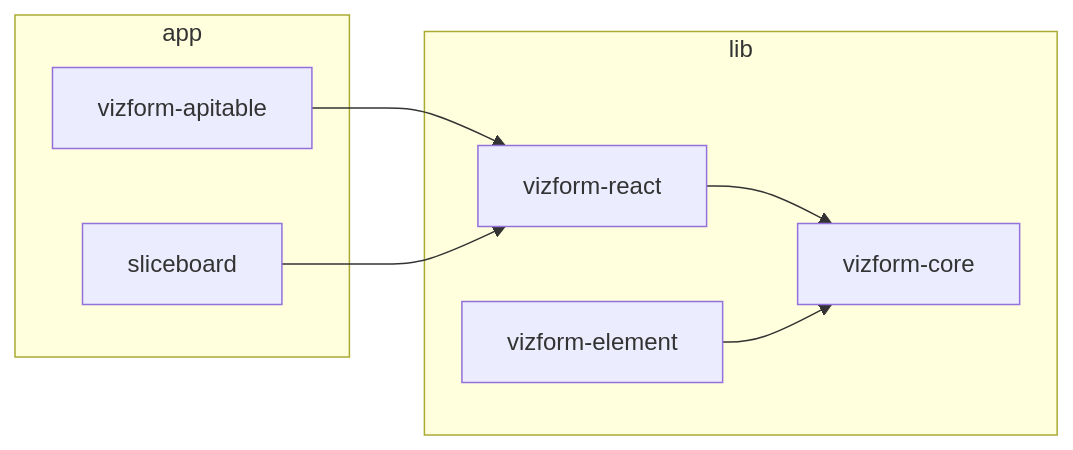
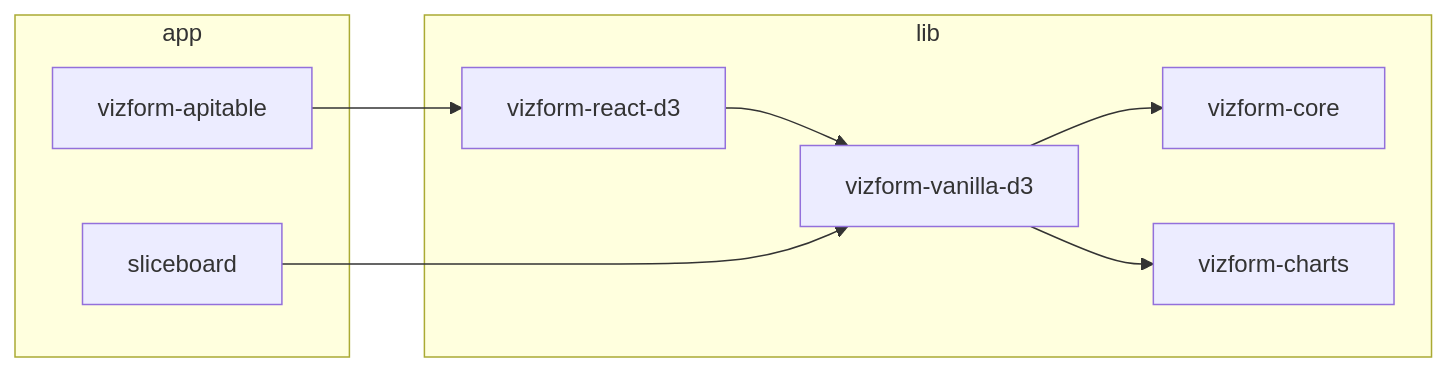
One commit to WinstonFassett/hotbook changed the diagram in README.md. Above: the diagram before and after it, drawn with Mermaid. The commit also changed other lines of this file and 21 other files, not shown here.

First line of the commit message:
Add docs site with bireactive-style layout and chart maturity labels

````diff
--- a/README.md
+++ b/README.md
@@ -9,17 +9,19 @@
 ```mermaid
 graph LR
   subgraph lib["lib"]
     core["vizform-core"]
-    react["vizform-react"]
-    element["vizform-element"]
+    charts["vizform-charts"]
+    vanilla["vizform-vanilla-d3"]
+    react["vizform-react-d3"]
   end
   subgraph app["app"]
     apitable["vizform-apitable"]
     sliceboard["sliceboard"]
   end
 
-  react --> core
-  element --> core
+  vanilla --> core
+  vanilla --> charts
+  react --> vanilla
   apitable --> react
-  sliceboard --> react
+  sliceboard --> vanilla
 ```
````
